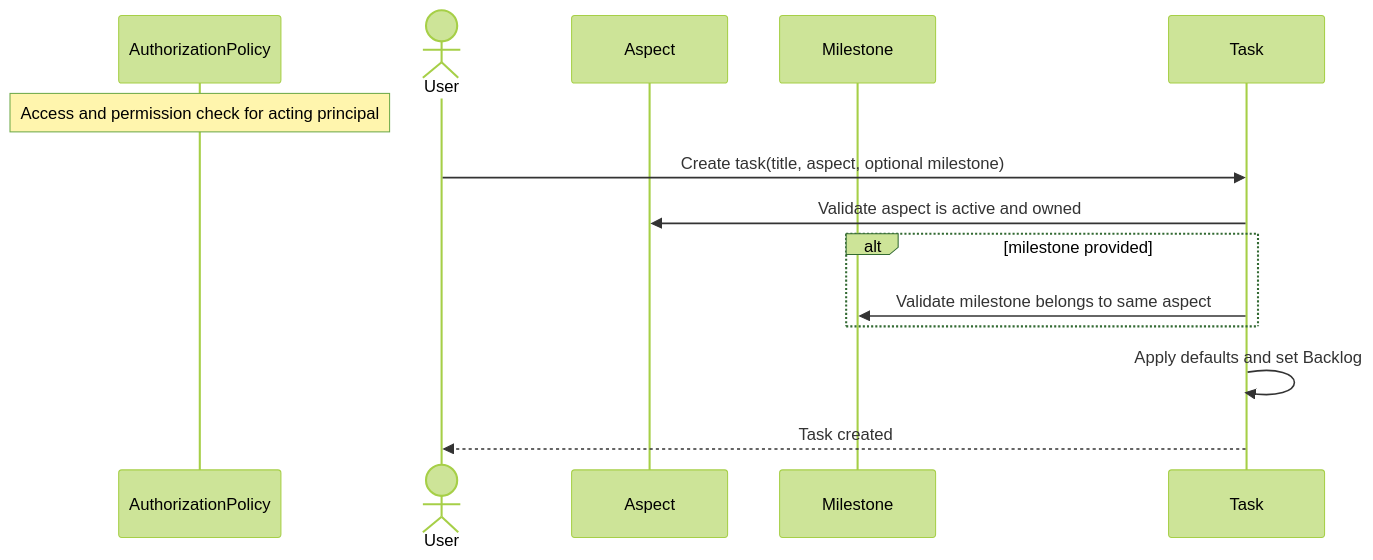
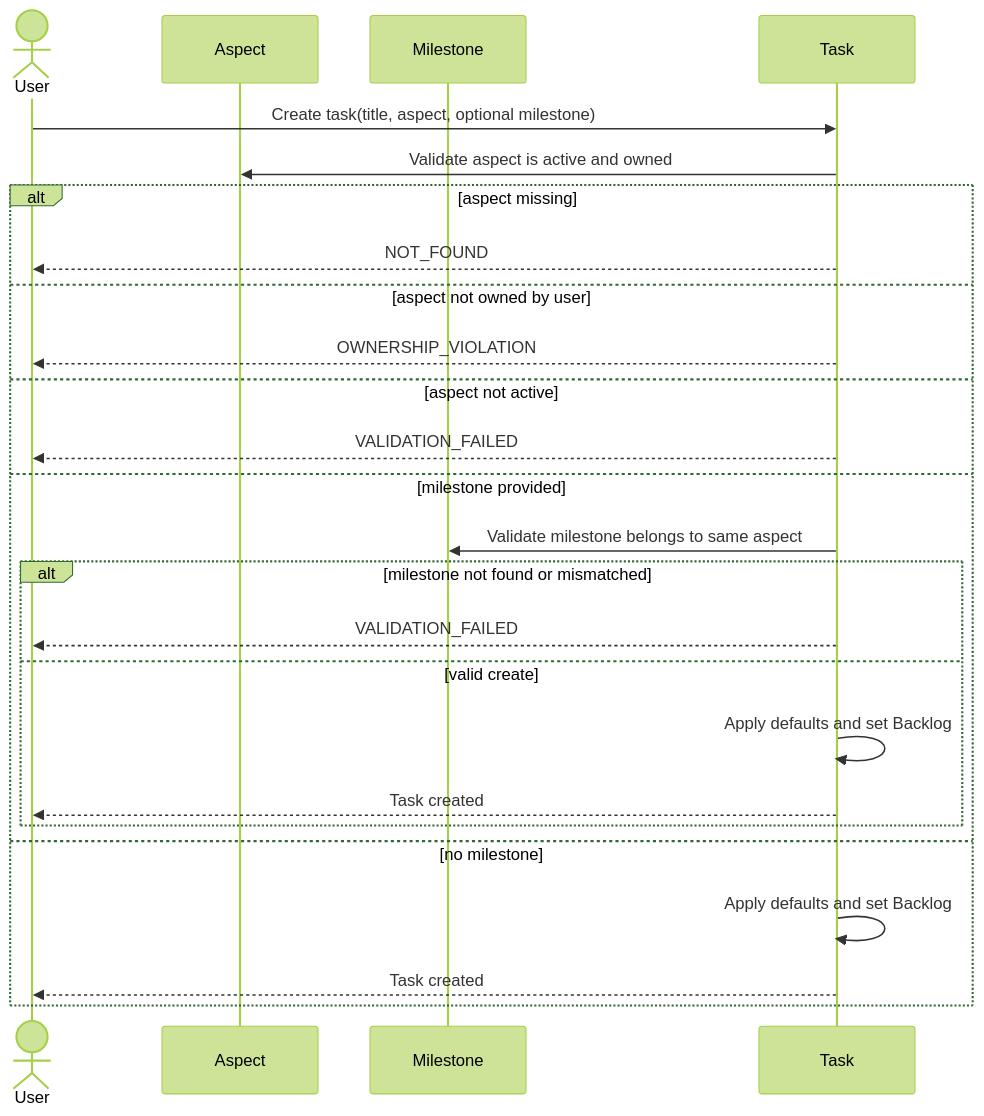
One commit to ChidiRnweke/margin changed the first of 15 diagrams in architecture/sequence-diagrams/03-tasks-recurrence.md. Above: the diagram before and after it, drawn with Mermaid (forest theme). The commit also changed other lines of this file and 12 other files, not shown here.

Commit message:
Enhance sequence diagrams and introduce traceability matrix

````diff
--- a/architecture/sequence-diagrams/03-tasks-recurrence.md
+++ b/architecture/sequence-diagrams/03-tasks-recurrence.md
@@ -6,16 +9,27 @@
 ```mermaid
 sequenceDiagram
-    participant G as AuthorizationPolicy
-    Note over G: Access and permission check for acting principal
     actor U as User
     participant A as Aspect
     participant M as Milestone
     participant T as Task
     U->>T: Create task(title, aspect, optional milestone)
     T->>A: Validate aspect is active and owned
-    alt milestone provided
-      T->>M: Validate milestone belongs to same aspect
+    alt aspect missing
+        T-->>U: NOT_FOUND
+    else aspect not owned by user
+        T-->>U: OWNERSHIP_VIOLATION
+    else aspect not active
+        T-->>U: VALIDATION_FAILED
+    else milestone provided
+        T->>M: Validate milestone belongs to same aspect
+        alt milestone not found or mismatched
+            T-->>U: VALIDATION_FAILED
+        else valid create
+            T->>T: Apply defaults and set Backlog
+            T-->>U: Task created
+        end
+    else no milestone
+        T->>T: Apply defaults and set Backlog
+        T-->>U: Task created
     end
-    T->>T: Apply defaults and set Backlog
-    T-->>U: Task created
 ```
````
